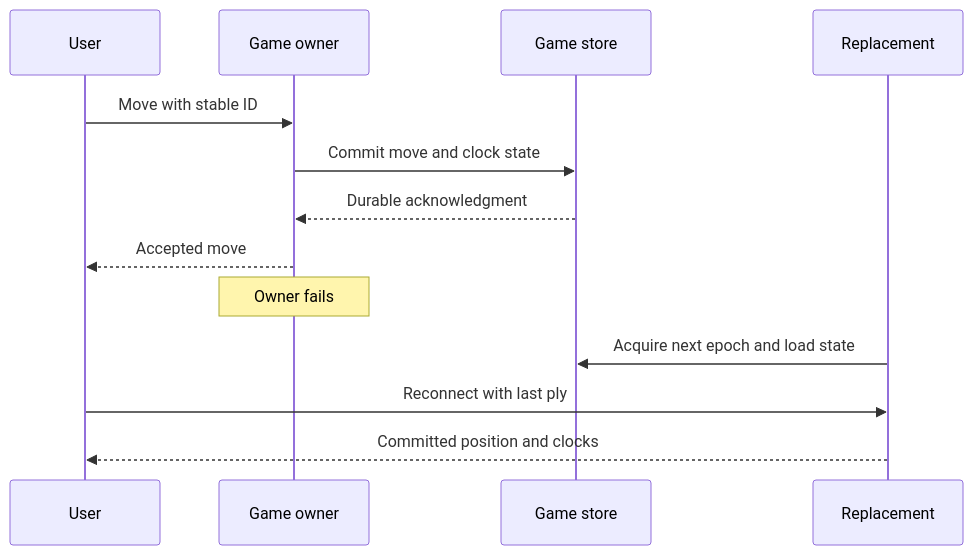
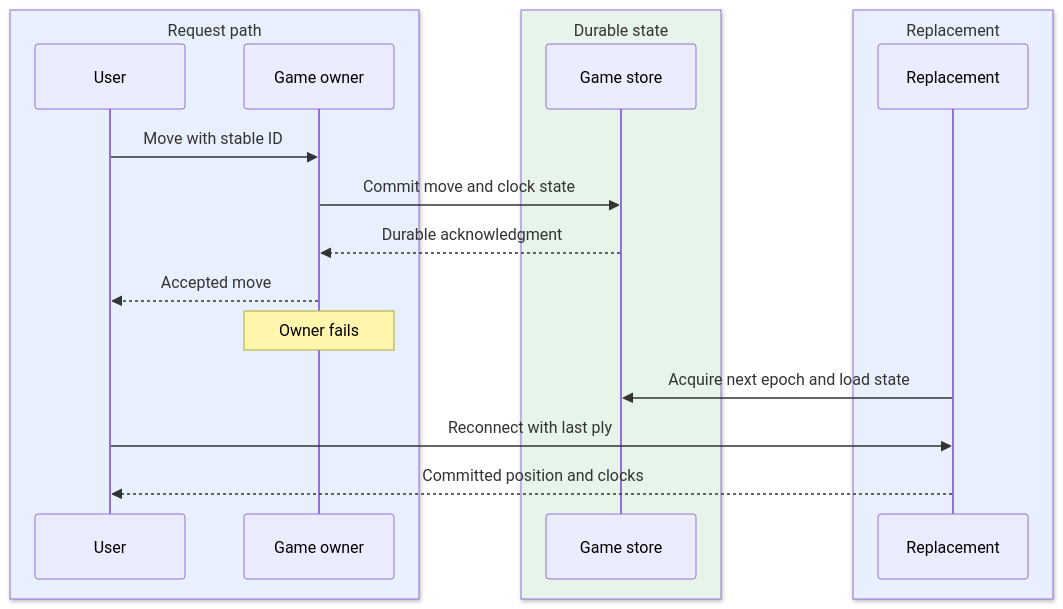
The fourth of 5 diagrams in _designs/system-design-online-chess.md (iliazlobin/iliazlobin.github.io), drawn with Mermaid before and after one commit. The commit also changed other lines of this file and 131 other files, not shown here.

````diff
--- a/_designs/system-design-online-chess.md
+++ b/_designs/system-design-online-chess.md
@@ -222,15 +285,21 @@
 ```mermaid
 sequenceDiagram
+  box rgb(232,240,254) Request path
   participant U as User
   participant A as Game owner
+  end
+  box rgb(230,244,234) Durable state
   participant D as Game store
+  end
+  box rgb(232,240,254) Replacement
   participant B as Replacement
+  end
   U->>A: Move with stable ID
   A->>D: Commit move and clock state
   D-->>A: Durable acknowledgment
   A-->>U: Accepted move
   Note over A: Owner fails
   B->>D: Acquire next epoch and load state
   U->>B: Reconnect with last ply
   B-->>U: Committed position and clocks
 ```
````
